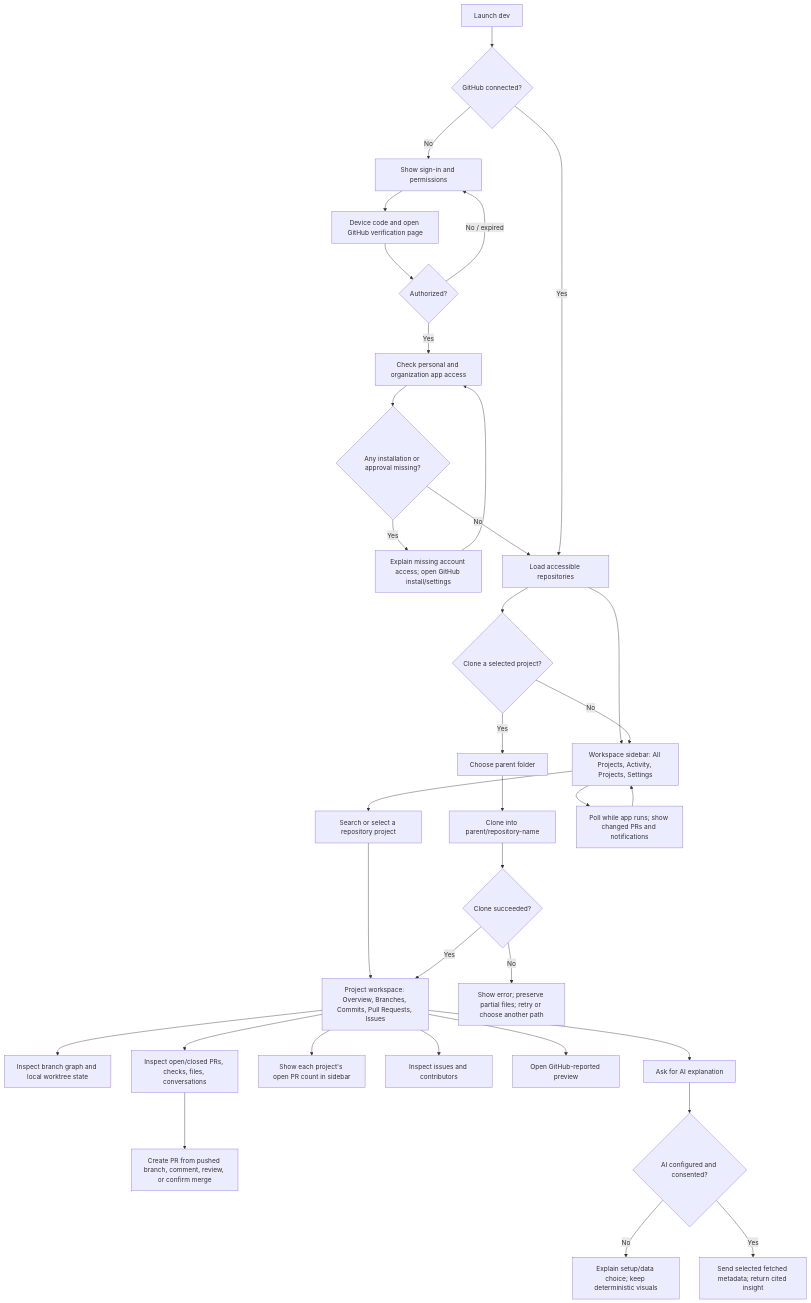
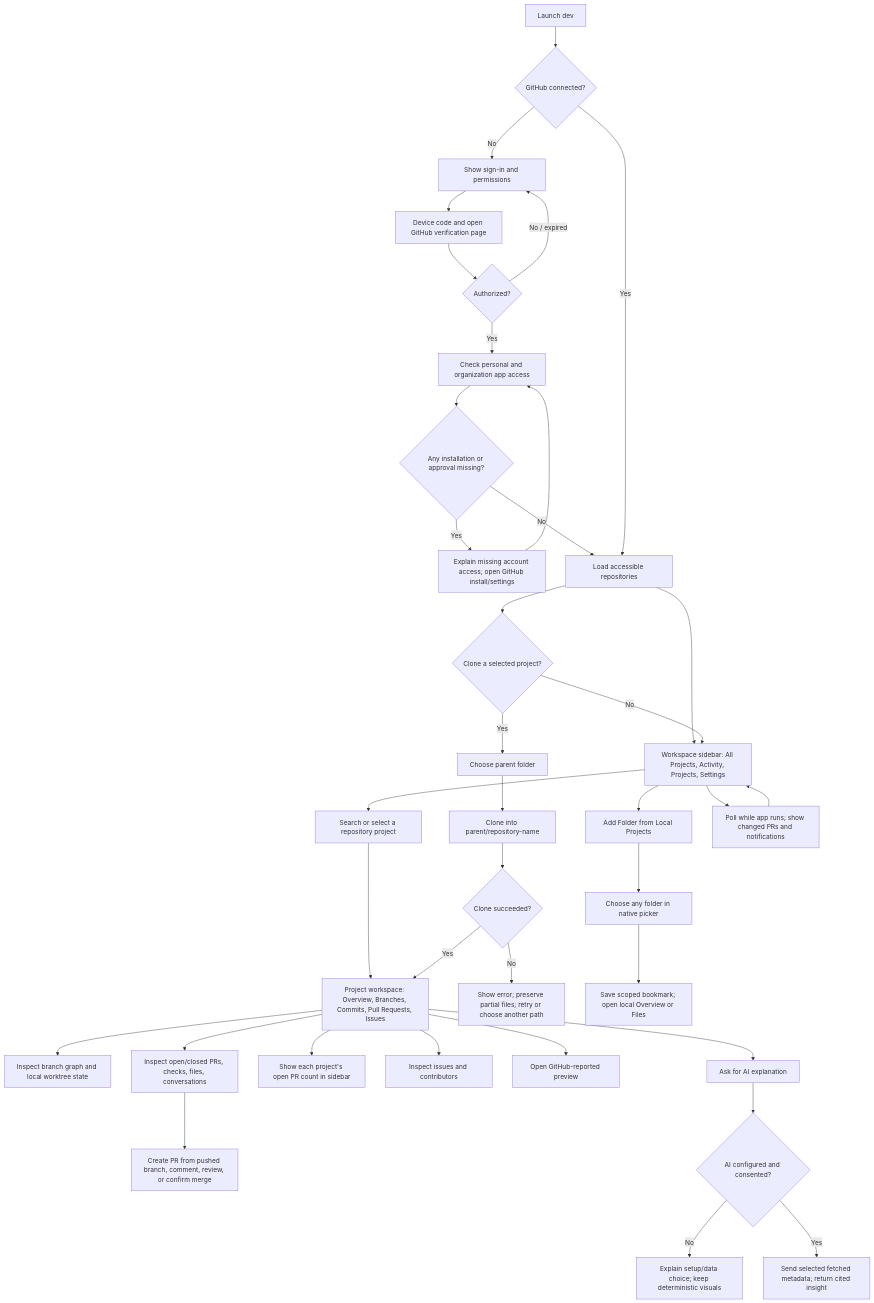
Before and after one commit to hiroqt/dev: the diagram in END_TO_END_FLOW.md, drawn with Mermaid. The commit also changed other lines of this file and 3 other files, not shown here.

````diff
--- a/END_TO_END_FLOW.md
+++ b/END_TO_END_FLOW.md
@@ -5,36 +5,39 @@
 ```mermaid
 flowchart TD
     A[Launch dev] --> B{GitHub connected?}
     B -- No --> C[Show sign-in and permissions]
     C --> D[Device code and open GitHub verification page]
     D --> E{Authorized?}
     E -- No / expired --> C
     E -- Yes --> F[Check personal and organization app access]
     F --> G{Any installation or approval missing?}
     G -- Yes --> H[Explain missing account access; open GitHub install/settings]
     H --> F
     G -- No --> I[Load accessible repositories]
     B -- Yes --> I
     I --> J[Workspace sidebar: All Projects, Activity, Projects, Settings]
     J --> K[Search or select a repository project]
     K --> L[Project workspace: Overview, Branches, Commits, Pull Requests, Issues]
     L --> M[Inspect branch graph and local worktree state]
     L --> N[Inspect open/closed PRs, checks, files, conversations]
     N --> N1[Create PR from pushed branch, comment, review, or confirm merge]
     L --> N2[Show each project's open PR count in sidebar]
     L --> O[Inspect issues and contributors]
     L --> P[Open GitHub-reported preview]
     L --> Q[Ask for AI explanation]
     Q --> R{AI configured and consented?}
     R -- No --> S[Explain setup/data choice; keep deterministic visuals]
     R -- Yes --> T[Send selected fetched metadata; return cited insight]
     I --> U{Clone a selected project?}
     U -- Yes --> V[Choose parent folder]
     V --> W[Clone into parent/repository-name]
     W --> X{Clone succeeded?}
     X -- No --> Y[Show error; preserve partial files; retry or choose another path]
     X -- Yes --> L
     U -- No --> J
+    J --> L1[Add Folder from Local Projects]
+    L1 --> L2[Choose any folder in native picker]
+    L2 --> L3[Save scoped bookmark; open local Overview or Files]
     J --> Z[Poll while app runs; show changed PRs and notifications]
     Z --> J
 ```
````
